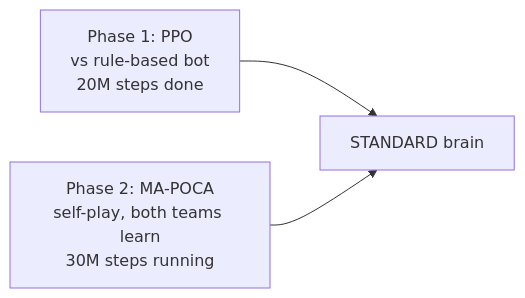
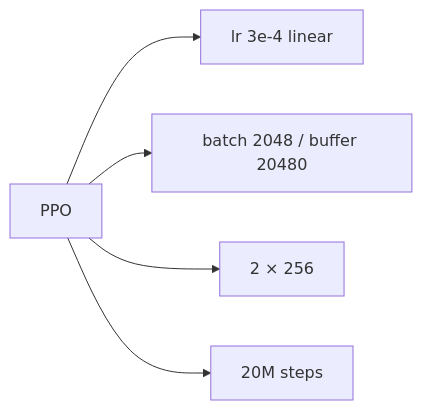
Before and after one commit to punkouter26/PoSoccer: the ninth of 12 diagrams in docs/architecture.md, drawn with Mermaid. The commit also changed other lines of this file and 20 other files, not shown here.

First line of the commit message:
UNITY_DOCS: wipe docs/ and regenerate the diagram + report suite

````diff
--- a/docs/architecture.md
+++ b/docs/architecture.md
@@ -143,5 +218,7 @@
 ```mermaid
 flowchart LR
-    P1[Phase 1: PPO\nvs rule-based bot\n20M steps done] --> B[STANDARD brain]
-    P2[Phase 2: MA-POCA\nself-play, both teams learn\n30M steps running] --> B
+    P[PPO] --> H[lr 3e-4 linear]
+    P --> B[batch 2048 / buffer 20480]
+    P --> N[2 × 256]
+    P --> S[20M steps]
 ```
````
